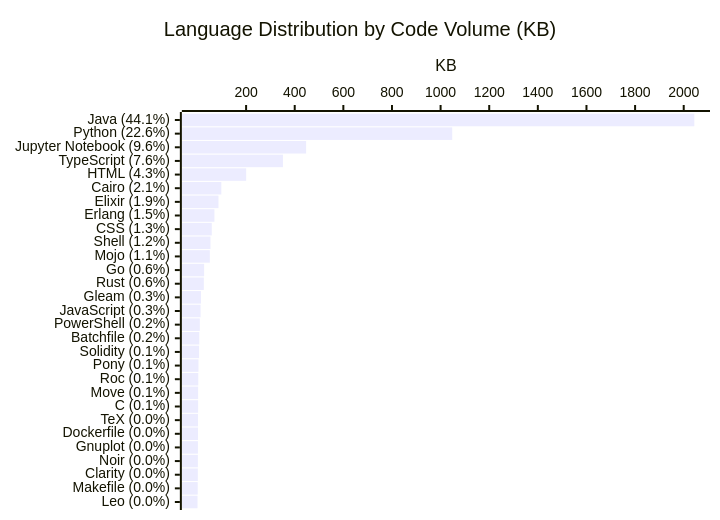
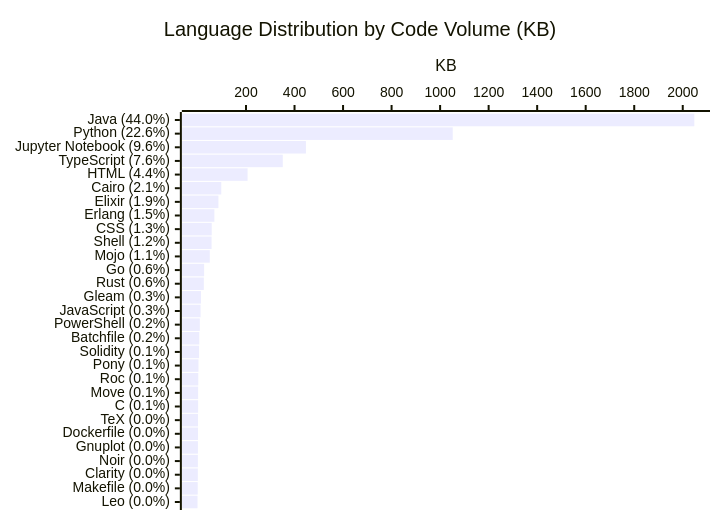
Before and after one commit to KathiraveluLab/.github: the diagram in profile/README.md, drawn with Mermaid. The commit also changed other lines of this file and 1 other file, not shown here.

````diff
--- a/profile/README.md
+++ b/profile/README.md
@@ -64,7 +64,7 @@
 ```mermaid
 xychart-beta horizontal
     title "Language Distribution by Code Volume (KB)"
-    x-axis ["Java (44.1%)", "Python (22.6%)", "Jupyter Notebook (9.6%)", "TypeScript (7.6%)", "HTML (4.3%)", "Cairo (2.1%)", "Elixir (1.9%)", "Erlang (1.5%)", "CSS (1.3%)", "Shell (1.2%)", "Mojo (1.1%)", "Go (0.6%)", "Rust (0.6%)", "Gleam (0.3%)", "JavaScript (0.3%)", "PowerShell (0.2%)", "Batchfile (0.2%)", "Solidity (0.1%)", "Pony (0.1%)", "Roc (0.1%)", "Move (0.1%)", "C (0.1%)", "TeX (0.0%)", "Dockerfile (0.0%)", "Gnuplot (0.0%)", "Noir (0.0%)", "Clarity (0.0%)", "Makefile (0.0%)", "Leo (0.0%)"]
+    x-axis ["Java (44.0%)", "Python (22.6%)", "Jupyter Notebook (9.6%)", "TypeScript (7.6%)", "HTML (4.4%)", "Cairo (2.1%)", "Elixir (1.9%)", "Erlang (1.5%)", "CSS (1.3%)", "Shell (1.2%)", "Mojo (1.1%)", "Go (0.6%)", "Rust (0.6%)", "Gleam (0.3%)", "JavaScript (0.3%)", "PowerShell (0.2%)", "Batchfile (0.2%)", "Solidity (0.1%)", "Pony (0.1%)", "Roc (0.1%)", "Move (0.1%)", "C (0.1%)", "TeX (0.0%)", "Dockerfile (0.0%)", "Gnuplot (0.0%)", "Noir (0.0%)", "Clarity (0.0%)", "Makefile (0.0%)", "Leo (0.0%)"]
     y-axis "KB"
-    bar [2043.62, 1047.87, 446.9, 351.5, 200.26, 98.07, 86.29, 69.74, 58.73, 53.42, 50.76, 27.33, 26.08, 14.61, 12.8, 9.6, 7.42, 6.65, 4.14, 3.24, 2.68, 2.58, 2.29, 2.01, 1.82, 1.55, 1.53, 0.99, 0.27]
+    bar [2047.69, 1052.08, 446.9, 351.5, 206.56, 98.07, 86.29, 69.74, 58.73, 58.15, 50.76, 27.33, 26.08, 14.61, 12.8, 9.6, 7.42, 6.65, 4.14, 3.24, 2.68, 2.58, 2.29, 2.01, 1.82, 1.55, 1.53, 0.99, 0.27]
 ```
````
